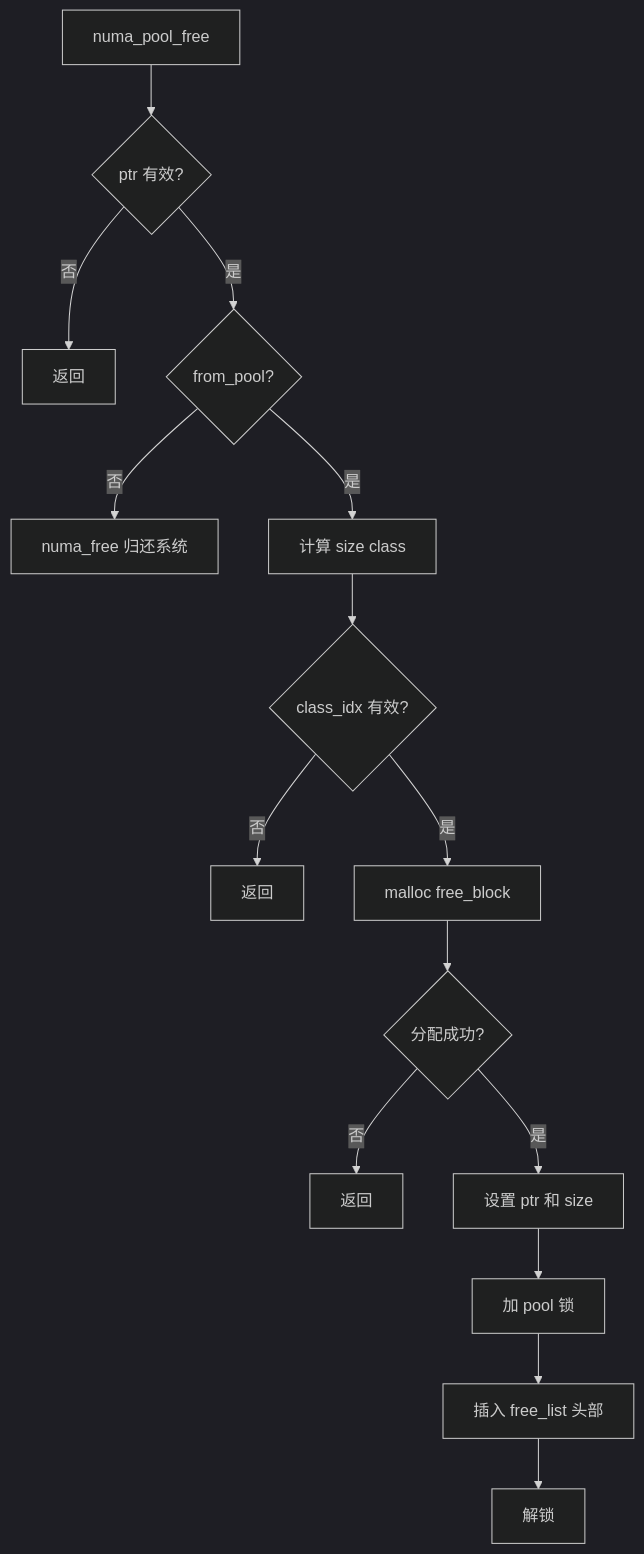
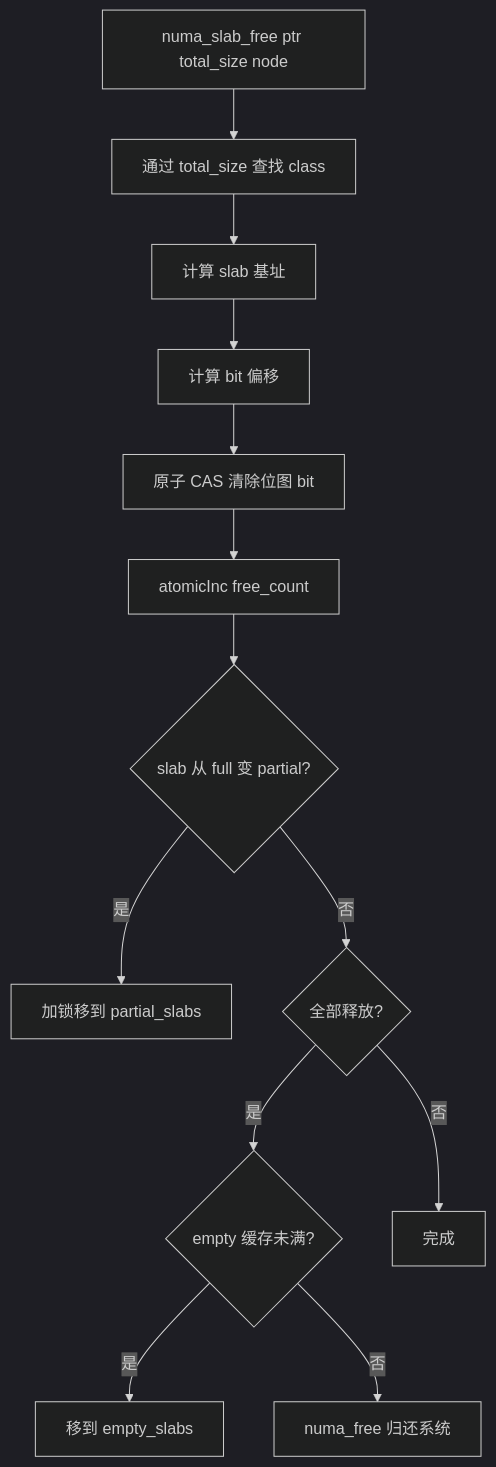
Before and after one commit to xDJTomato/Redis-NUMA: the second of 2 diagrams in docs/new/02-numa-pool.md, drawn with Mermaid (dark theme). The commit also changed other lines of this file and 53 other files, not shown here.

````diff
--- a/docs/new/02-numa-pool.md
+++ b/docs/new/02-numa-pool.md
@@ -251,17 +121,15 @@
 ```mermaid
 graph TB
-    A[numa_pool_free] --> B{ptr 有效?}
-    B -->|否| C[返回]
-    B -->|是| D{from_pool?}
-    D -->|否| E[numa_free 归还系统]
-    D -->|是| F[计算 size class]
-    F --> G{class_idx 有效?}
-    G -->|否| H[返回]
-    G -->|是| I[malloc free_block]
-    I --> J{分配成功?}
-    J -->|否| K[返回]
-    J -->|是| L[设置 ptr 和 size]
-    L --> M[加 pool 锁]
-    M --> N[插入 free_list 头部]
-    N --> O[解锁]
+    A[numa_slab_free ptr total_size node] --> B[通过 total_size 查找 class]
+    B --> C[计算 slab 基址]
+    C --> D[计算 bit 偏移]
+    D --> E[原子 CAS 清除位图 bit]
+    E --> F[atomicInc free_count]
+    F --> G{slab 从 full 变 partial?}
+    G -->|是| H[加锁移到 partial_slabs]
+    G -->|否| I{全部释放?}
+    I -->|是| J{empty 缓存未满?}
+    J -->|是| K[移到 empty_slabs]
+    J -->|否| L[numa_free 归还系统]
+    I -->|否| M[完成]
 ```
````
